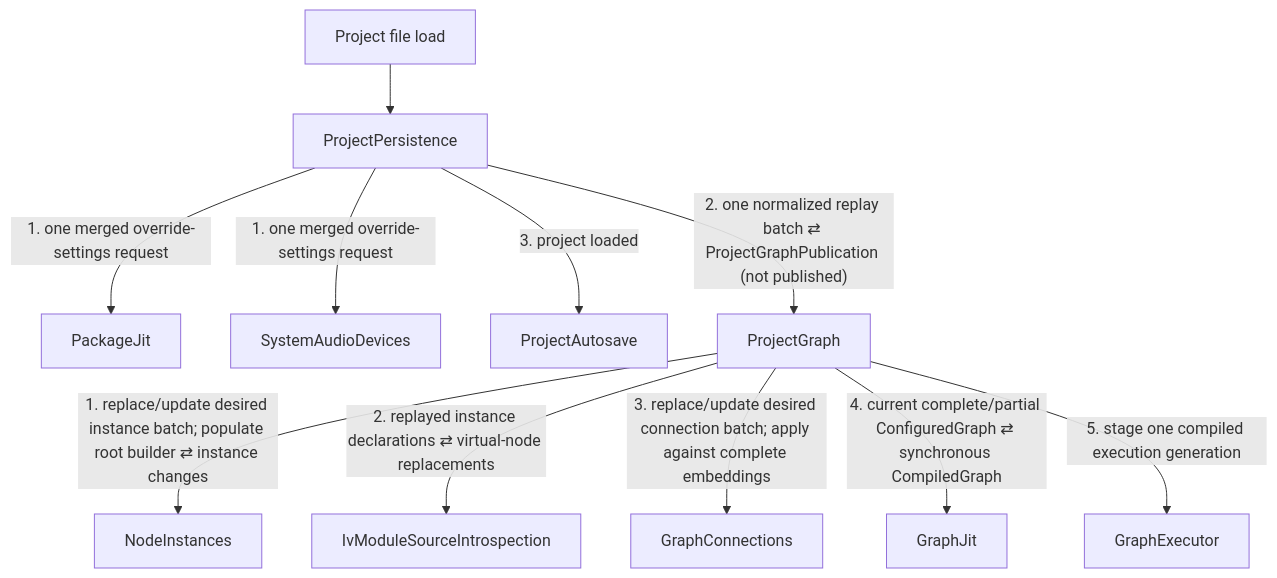
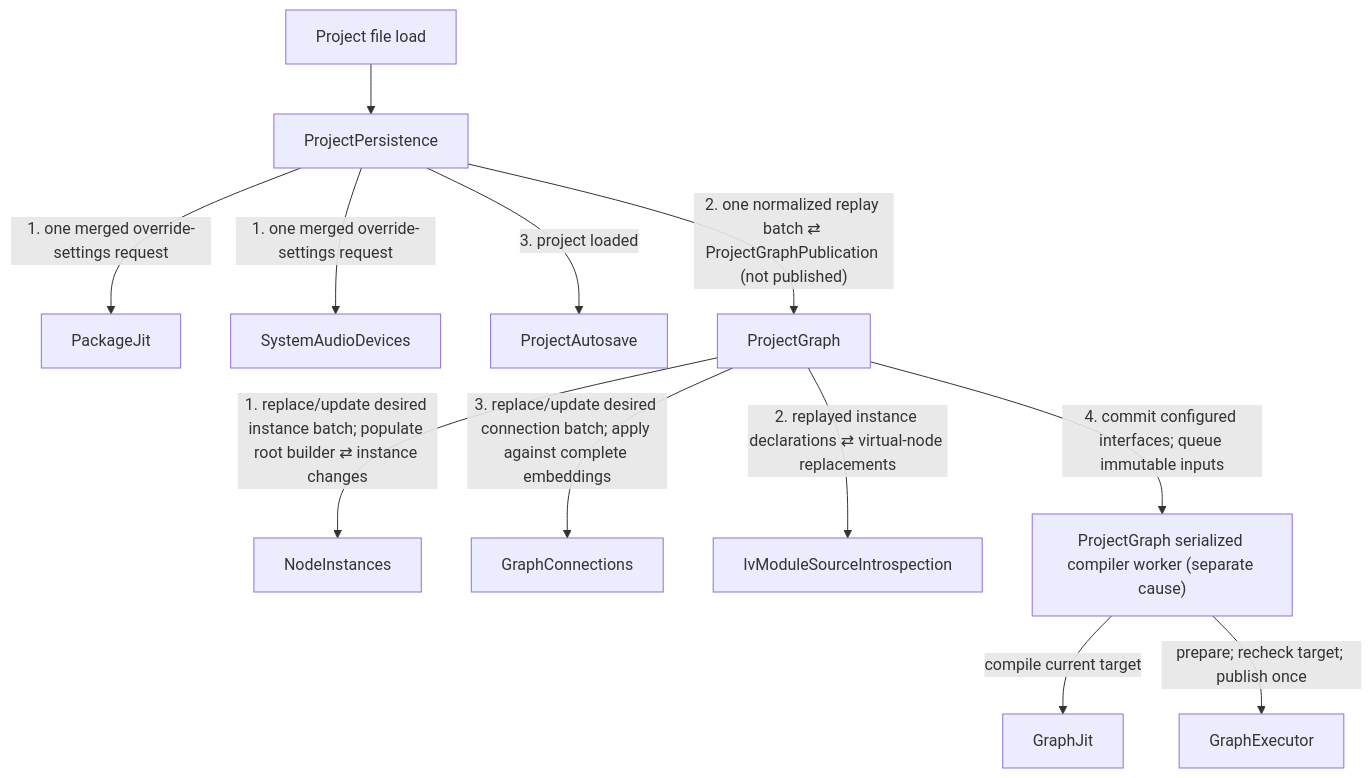
The first of 2 diagrams in docs/event_flows/startup_and_project_replay.md (ljleb/intravenous), drawn with Mermaid before and after one commit. The commit also changed other lines of this file and 101 other files, not shown here.

Commit message:
much, much better startup sequence + exclusive package id prefix

````diff
--- a/docs/event_flows/startup_and_project_replay.md
+++ b/docs/event_flows/startup_and_project_replay.md
@@ -10,25 +10,26 @@
 ```mermaid
 flowchart TD
     SRC["Project file load"]
     PP["ProjectPersistence"]
     PJ["PackageJit"]
     SAD["SystemAudioDevices"]
     PA["ProjectAutosave"]
     PG["ProjectGraph"]
     NI["NodeInstances"]
     GC["GraphConnections"]
     IMSI["IvModuleSourceIntrospection"]
     GJ["GraphJit"]
     GE["GraphExecutor"]
 
     SRC --> PP
     PP -->|"1. one merged override-settings request"| PJ
     PP -->|"1. one merged override-settings request"| SAD
     PP -->|"2. one normalized replay batch ⇄ ProjectGraphPublication (not published)"| PG
     PP -->|"3. project loaded"| PA
     PG -->|"1. replace/update desired instance batch; populate root builder ⇄ instance changes"| NI
     PG -->|"2. replayed instance declarations ⇄ virtual-node replacements"| IMSI
     PG -->|"3. replace/update desired connection batch; apply against complete embeddings"| GC
-    PG -->|"4. current complete/partial ConfiguredGraph ⇄ synchronous CompiledGraph"| GJ
-    PG -->|"5. stage one compiled execution generation"| GE
+    PG -->|"4. commit configured interfaces; queue immutable inputs"| WORK["ProjectGraph serialized compiler worker (separate cause)"]
+    WORK -->|"compile current target"| GJ
+    WORK -->|"prepare; recheck target; publish once"| GE
 ```
````
